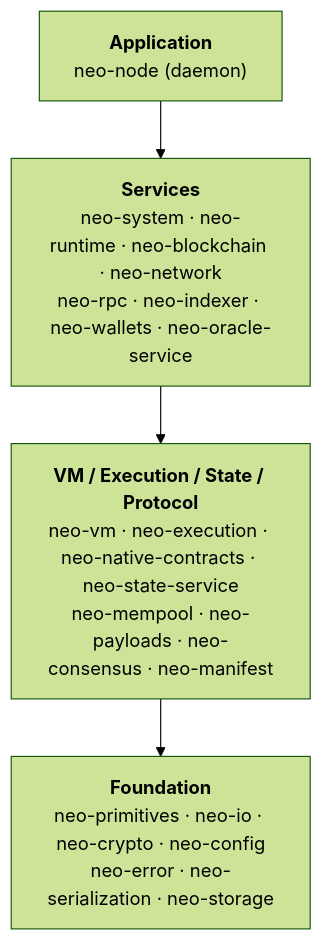
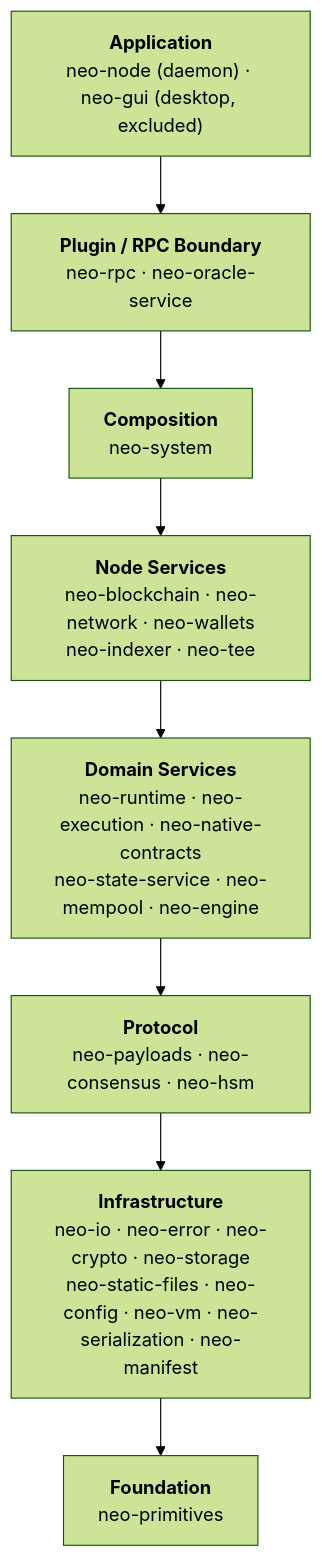
The diagram in README.md (r3e-network/neo-rs), drawn with Mermaid (forest theme) before and after one commit. The commit also changed other lines of this file and 315 other files, not shown here.

````diff
--- a/README.md
+++ b/README.md
@@ -53,8 +54,12 @@
 ```mermaid
 flowchart TD
-    APP["<b>Application</b><br/>neo-node (daemon)"]
-    SVC["<b>Services</b><br/>neo-system · neo-runtime · neo-blockchain · neo-network<br/>neo-rpc · neo-indexer · neo-wallets · neo-oracle-service"]
-    MID["<b>VM / Execution / State / Protocol</b><br/>neo-vm · neo-execution · neo-native-contracts · neo-state-service<br/>neo-mempool · neo-payloads · neo-consensus · neo-manifest"]
-    FND["<b>Foundation</b><br/>neo-primitives · neo-io · neo-crypto · neo-config<br/>neo-error · neo-serialization · neo-storage"]
-    APP --> SVC --> MID --> FND
+    APP["<b>Application</b><br/>neo-node (daemon) · neo-gui (desktop, excluded)"]
+    PLUG["<b>Plugin / RPC Boundary</b><br/>neo-rpc · neo-oracle-service"]
+    COMP["<b>Composition</b><br/>neo-system"]
+    NODE["<b>Node Services</b><br/>neo-blockchain · neo-network · neo-wallets<br/>neo-indexer · neo-tee"]
+    DOM["<b>Domain Services</b><br/>neo-runtime · neo-execution · neo-native-contracts<br/>neo-state-service · neo-mempool · neo-engine"]
+    PROTO["<b>Protocol</b><br/>neo-payloads · neo-consensus · neo-hsm"]
+    INF["<b>Infrastructure</b><br/>neo-io · neo-error · neo-crypto · neo-storage<br/>neo-static-files · neo-config · neo-vm · neo-serialization · neo-manifest"]
+    FND["<b>Foundation</b><br/>neo-primitives"]
+    APP --> PLUG --> COMP --> NODE --> DOM --> PROTO --> INF --> FND
 ```
````
